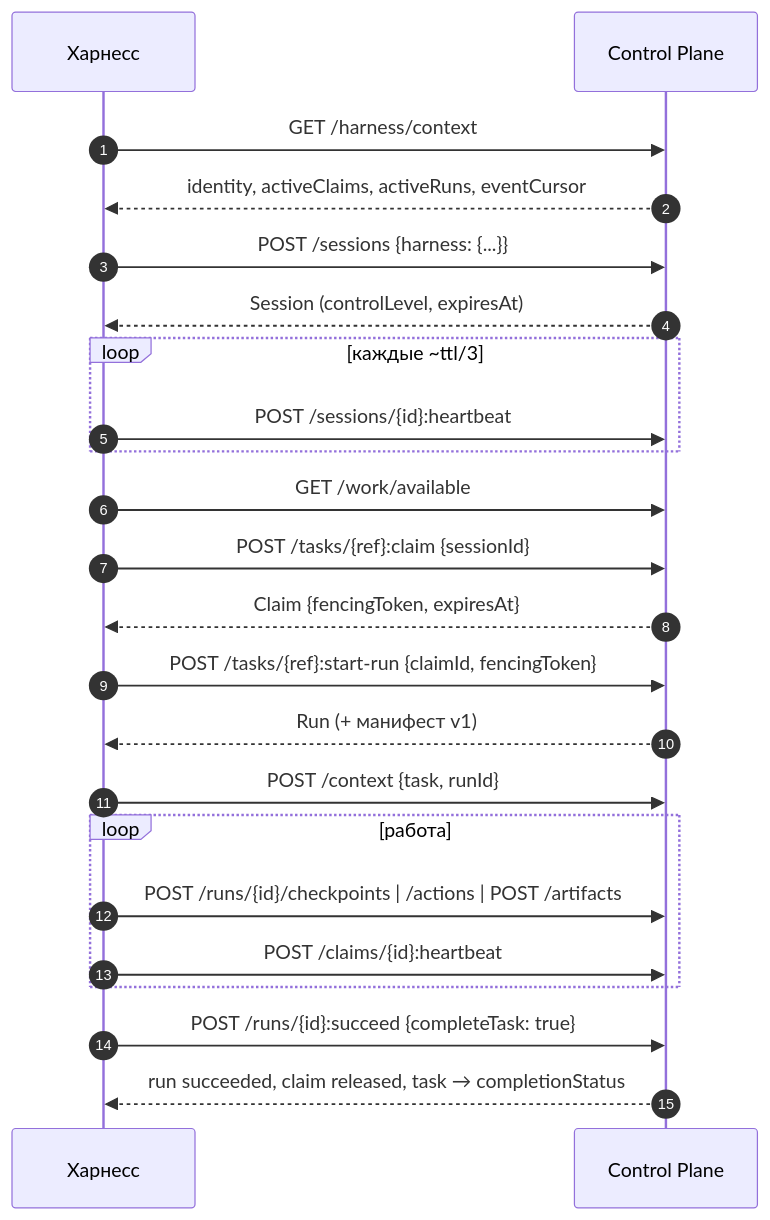
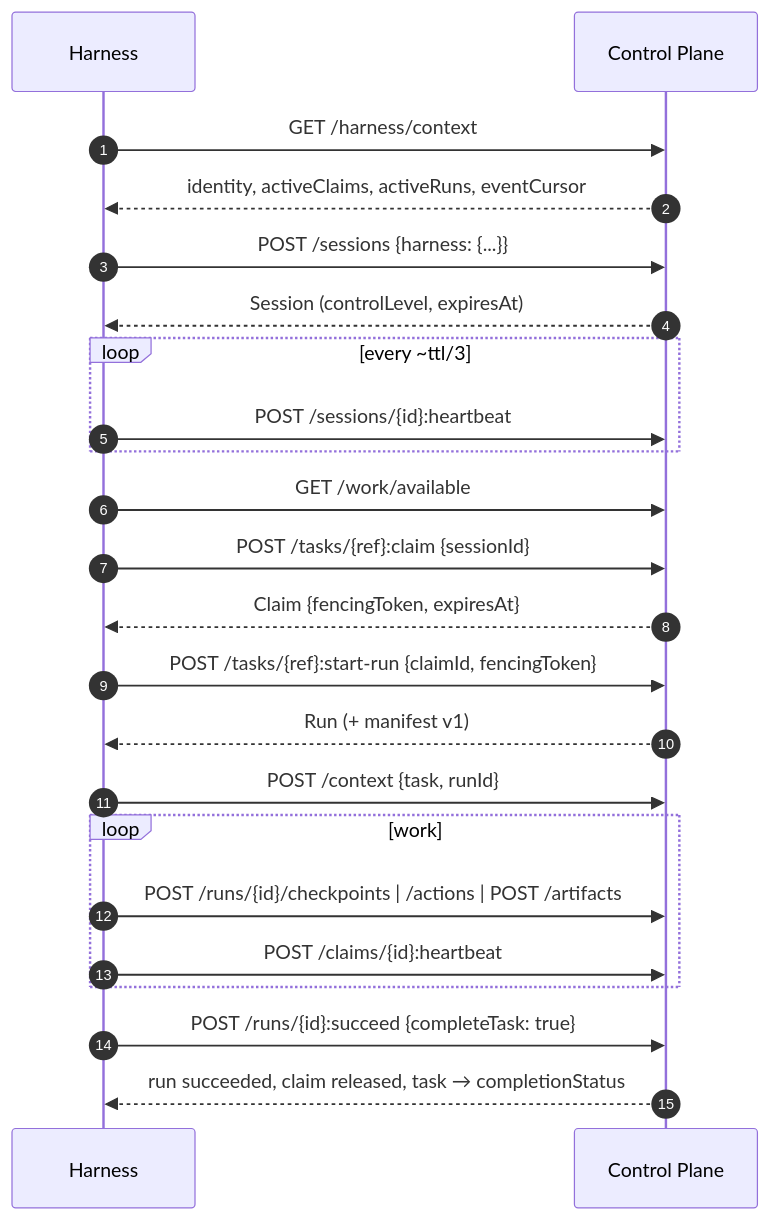
The diagram in guide/docs/control-plane/harness-protocol.md (monthu56/taimen), drawn with Mermaid before and after one commit. The commit also changed other lines of this file and 183 other files, not shown here.

````diff
--- a/guide/docs/control-plane/harness-protocol.md
+++ b/guide/docs/control-plane/harness-protocol.md
@@ -39,25 +42,25 @@
 ```mermaid
 sequenceDiagram
     autonumber
-    participant H as Харнесс
+    participant H as Harness
     participant CP as Control Plane
     H->>CP: GET /harness/context
     CP-->>H: identity, activeClaims, activeRuns, eventCursor
     H->>CP: POST /sessions {harness: {...}}
     CP-->>H: Session (controlLevel, expiresAt)
-    loop каждые ~ttl/3
+    loop every ~ttl/3
         H->>CP: POST /sessions/{id}:heartbeat
     end
     H->>CP: GET /work/available
     H->>CP: POST /tasks/{ref}:claim {sessionId}
     CP-->>H: Claim {fencingToken, expiresAt}
     H->>CP: POST /tasks/{ref}:start-run {claimId, fencingToken}
-    CP-->>H: Run (+ манифест v1)
+    CP-->>H: Run (+ manifest v1)
     H->>CP: POST /context {task, runId}
-    loop работа
+    loop work
         H->>CP: POST /runs/{id}/checkpoints | /actions | POST /artifacts
         H->>CP: POST /claims/{id}:heartbeat
     end
     H->>CP: POST /runs/{id}:succeed {completeTask: true}
     CP-->>H: run succeeded, claim released, task → completionStatus
 ```
````
